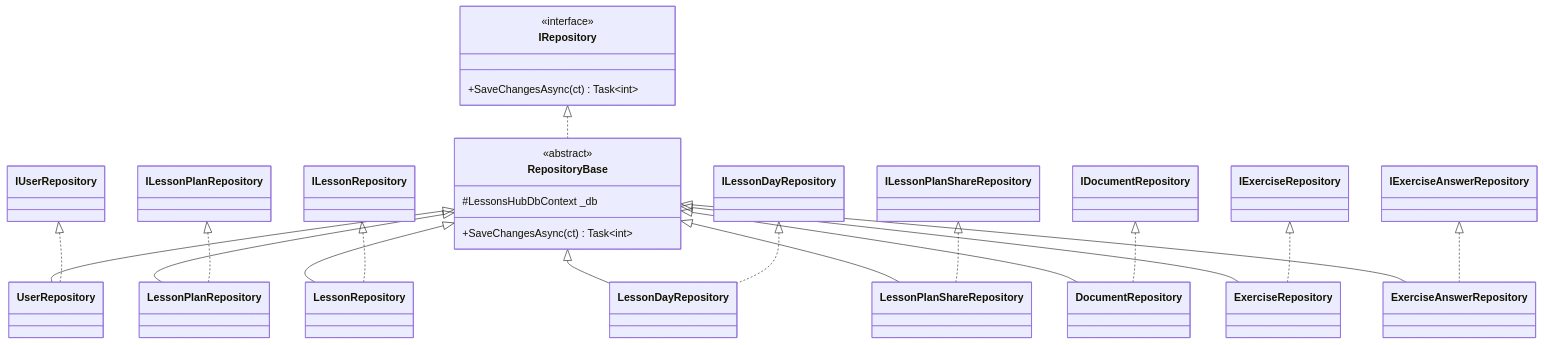
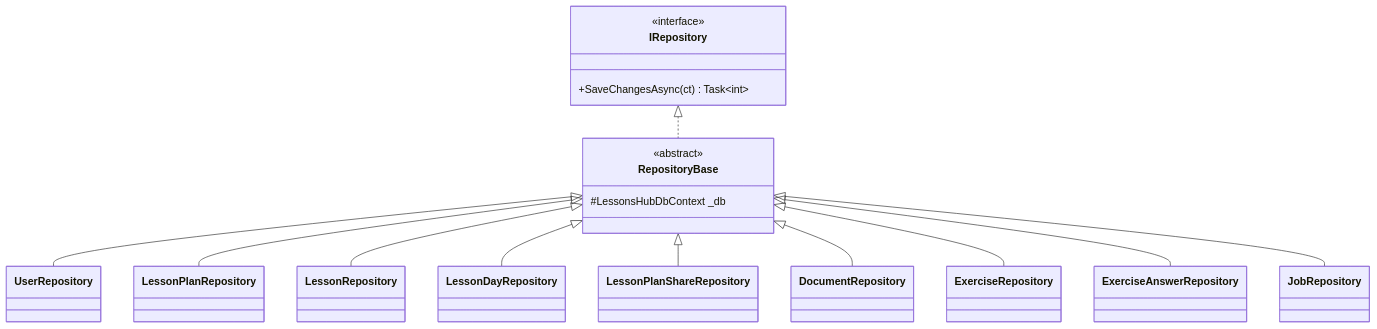
The first of 3 diagrams in diagrams/backend/04-infrastructure.md (Dockdep/LessonHub), drawn with Mermaid before and after one commit. The commit also changed other lines of this file and 36 other files, not shown here.

````diff
--- a/diagrams/backend/04-infrastructure.md
+++ b/diagrams/backend/04-infrastructure.md
@@ -19,51 +15,21 @@
 ```mermaid
 classDiagram
   class IRepository {
     <<interface>>
     +SaveChangesAsync(ct) Task~int~
   }
-
   class RepositoryBase {
     <<abstract>>
     #LessonsHubDbContext _db
-    +SaveChangesAsync(ct) Task~int~
   }
-
   IRepository <|.. RepositoryBase
-
-  class IUserRepository
-  class ILessonPlanRepository
-  class ILessonRepository
-  class ILessonDayRepository
-  class ILessonPlanShareRepository
-  class IDocumentRepository
-  class IExerciseRepository
-  class IExerciseAnswerRepository
-
-  class UserRepository
-  class LessonPlanRepository
-  class LessonRepository
-  class LessonDayRepository
-  class LessonPlanShareRepository
-  class DocumentRepository
-  class ExerciseRepository
-  class ExerciseAnswerRepository
-
   RepositoryBase <|-- UserRepository
   RepositoryBase <|-- LessonPlanRepository
   RepositoryBase <|-- LessonRepository
   RepositoryBase <|-- LessonDayRepository
   RepositoryBase <|-- LessonPlanShareRepository
   RepositoryBase <|-- DocumentRepository
   RepositoryBase <|-- ExerciseRepository
   RepositoryBase <|-- ExerciseAnswerRepository
-
-  IUserRepository <|.. UserRepository
-  ILessonPlanRepository <|.. LessonPlanRepository
-  ILessonRepository <|.. LessonRepository
-  ILessonDayRepository <|.. LessonDayRepository
-  ILessonPlanShareRepository <|.. LessonPlanShareRepository
-  IDocumentRepository <|.. DocumentRepository
-  IExerciseRepository <|.. ExerciseRepository
-  IExerciseAnswerRepository <|.. ExerciseAnswerRepository
+  RepositoryBase <|-- JobRepository
 ```
````
